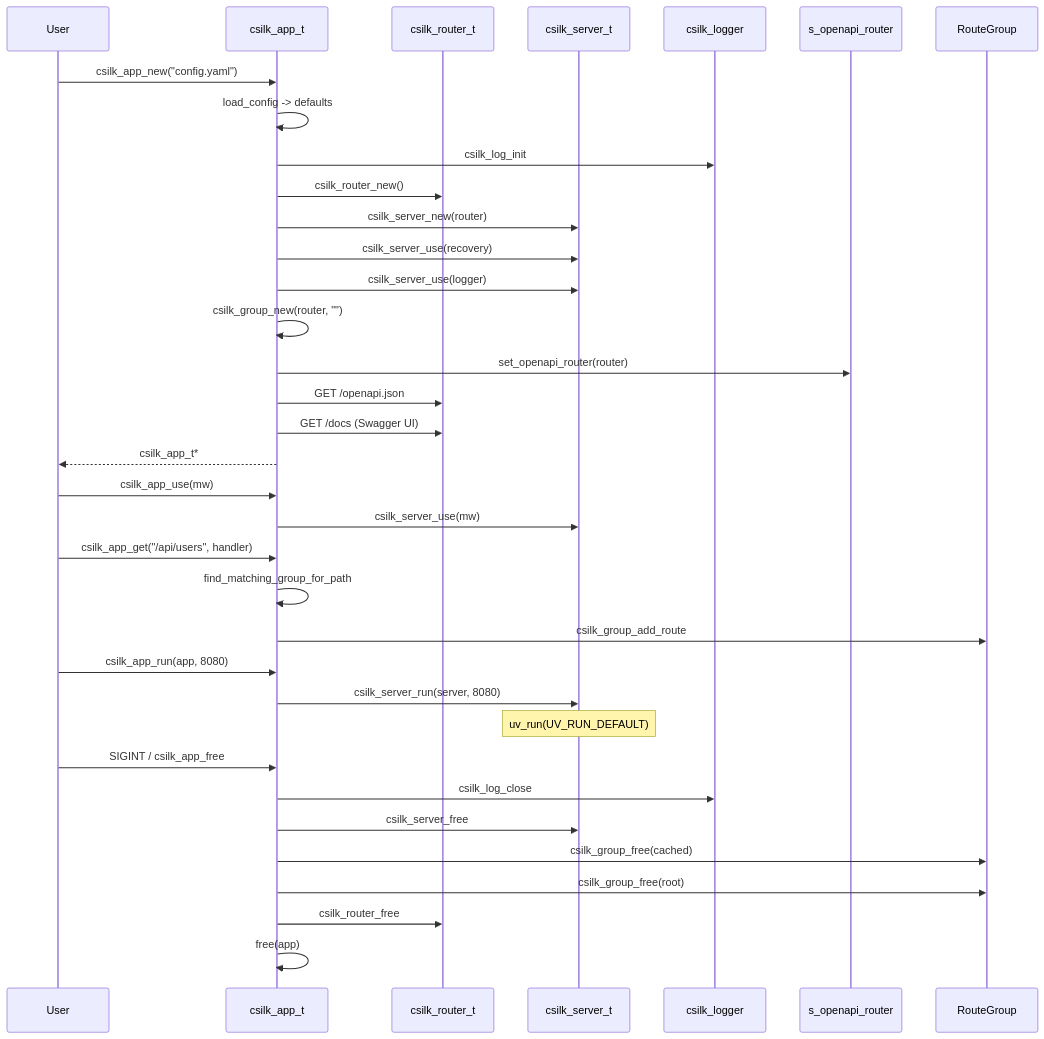
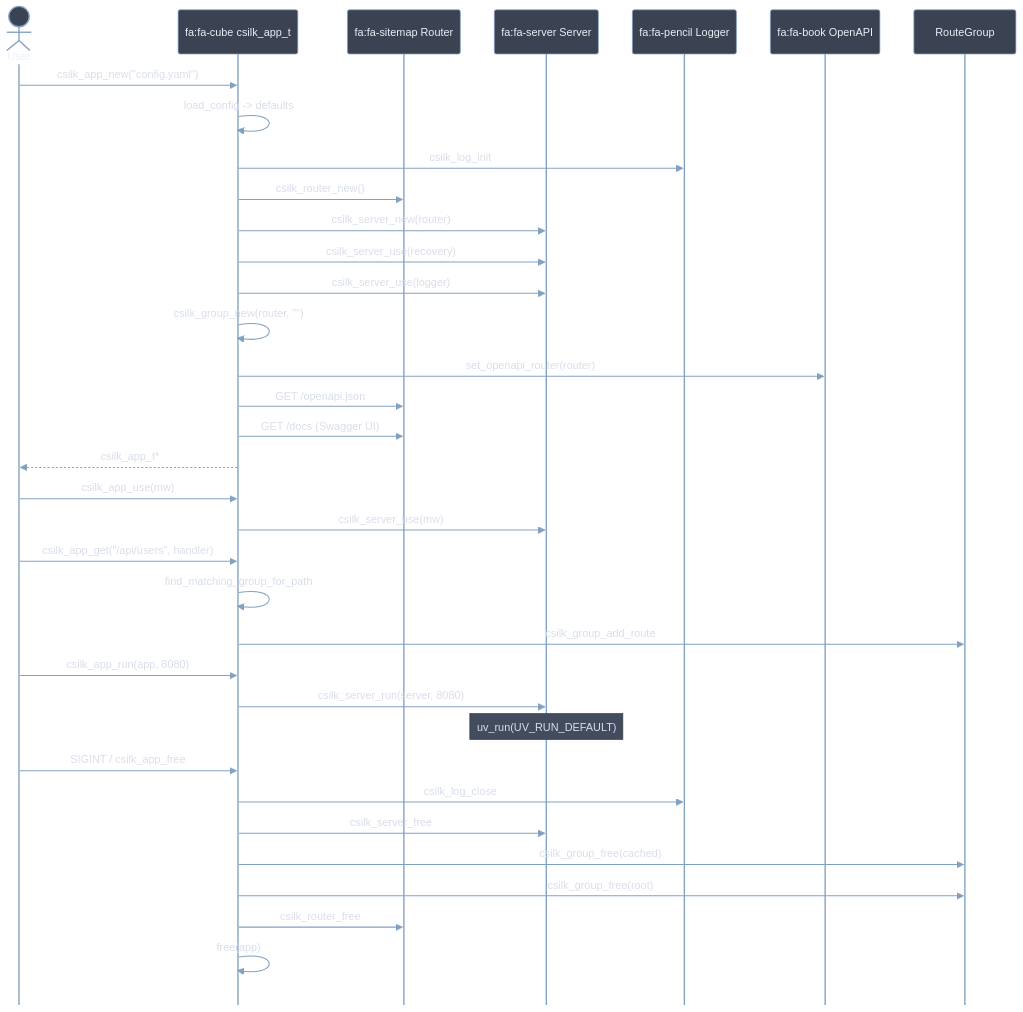
The second of 2 diagrams in docs/module-design/app.md (quintin-lee/csilk), drawn with Mermaid before and after one commit. The commit also changed other lines of this file and 30 other files, not shown here.

Commit message:
docs(docs): 📝 apply Nord Mermaid theme, RFC 2119 keywords, and quantified metrics to all docs

````diff
--- a/docs/module-design/app.md
+++ b/docs/module-design/app.md
@@ -272,41 +273,42 @@
 ```mermaid
+%%{init: {'theme': 'base', 'themeVariables': {'background': '#2E3440','primaryColor':'#81A1C1','primaryBorderColor':'#4C566A','primaryTextColor':'#ECEFF4','secondaryColor':'#3B4252','secondaryBorderColor':'#434C5E','secondaryTextColor':'#D8DEE9','lineColor':'#81A1C1','textColor':'#ECEFF4','mainBkg':'#3B4252','nodeBorder':'#4C566A','clusterBkg':'#2E3440','clusterBorder':'#4C566A','titleColor':'#ECEFF4','edgeLabelBackground':'#3B4252','nodeTextColor':'#ECEFF4','actorBorder':'#81A1C1','actorBkg':'#3B4252','actorTextColor':'#ECEFF4','signalColor':'#81A1C1','signalTextColor':'#D8DEE9','noteBkgColor':'#434C5E','noteTextColor':'#D8DEE9','loopTextColor':'#81A1C1','sequenceNumberColor':'#ECEFF4'}, 'sequence': {'actorFontSize': 14, 'noteFontSize': 12, 'messageFontSize': 12, 'mirrorActors': false}}}%%
 sequenceDiagram
-    participant User
-    participant App as csilk_app_t
-    participant Router as csilk_router_t
-    participant Server as csilk_server_t
-    participant Logger as csilk_logger
-    participant OAS as s_openapi_router
+    actor User
+    participant App as fa:fa-cube csilk_app_t
+    participant Router as fa:fa-sitemap Router
+    participant Server as fa:fa-server Server
+    participant Logger as fa:fa-pencil Logger
+    participant OAS as fa:fa-book OpenAPI
 
     User->>App: csilk_app_new("config.yaml")
     App->>App: load_config -> defaults
     App->>Logger: csilk_log_init
     App->>Router: csilk_router_new()
     App->>Server: csilk_server_new(router)
     App->>Server: csilk_server_use(recovery)
     App->>Server: csilk_server_use(logger)
     App->>App: csilk_group_new(router, "")
     App->>OAS: set_openapi_router(router)
     App->>Router: GET /openapi.json
     App->>Router: GET /docs (Swagger UI)
     App-->>User: csilk_app_t*
 
     User->>App: csilk_app_use(mw)
     App->>Server: csilk_server_use(mw)
 
     User->>App: csilk_app_get("/api/users", handler)
     App->>App: find_matching_group_for_path
     App->>RouteGroup: csilk_group_add_route
 
     User->>App: csilk_app_run(app, 8080)
     App->>Server: csilk_server_run(server, 8080)
     Note over Server: uv_run(UV_RUN_DEFAULT)
 
     User->>App: SIGINT / csilk_app_free
     App->>Logger: csilk_log_close
     App->>Server: csilk_server_free
     App->>RouteGroup: csilk_group_free(cached)
     App->>RouteGroup: csilk_group_free(root)
     App->>Router: csilk_router_free
     App->>App: free(app)
 ```
````
